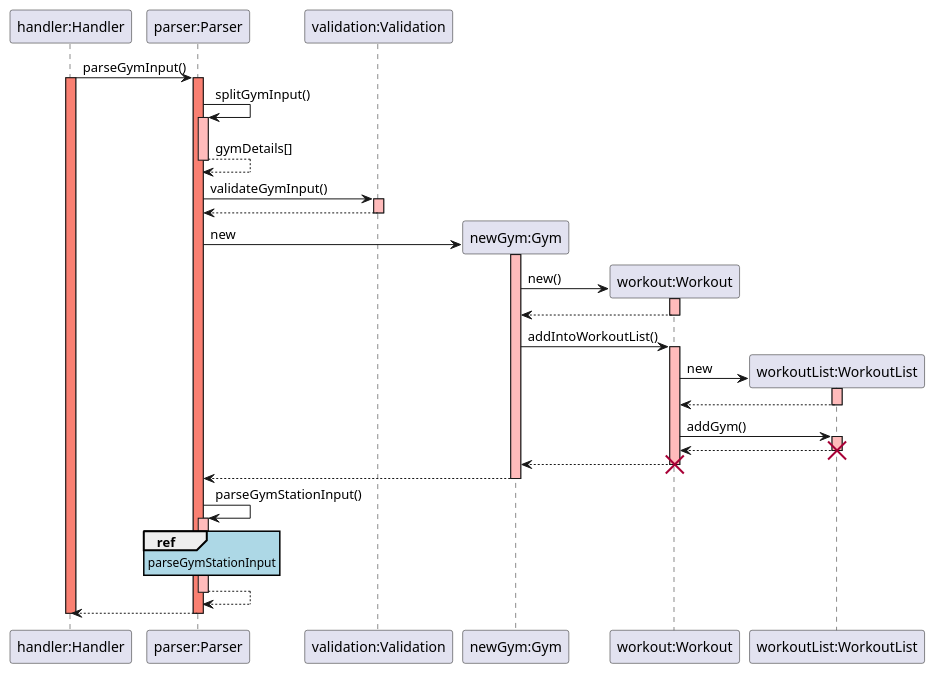
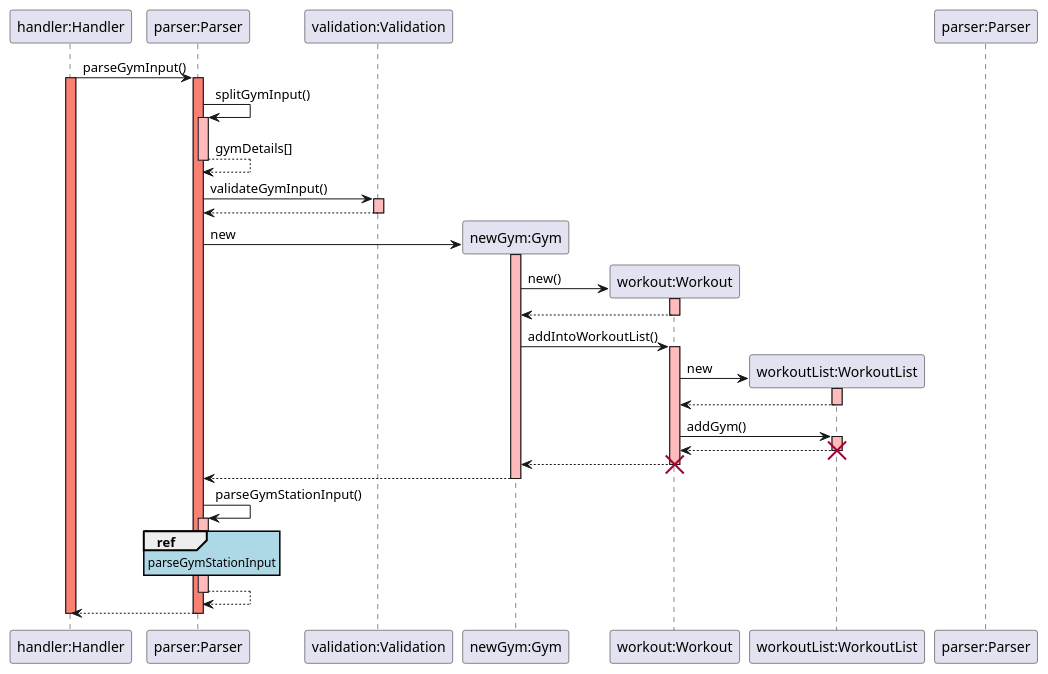
The diagram in docs/puml/sequence_diagrams/gym_sequence.puml (rouvinerh/tp), drawn with PlantUML before and after one commit. The commit also changed 2 other files, not shown here.

Commit message:
modify seq diagram

```diff
--- a/docs/puml/sequence_diagrams/gym_sequence.puml
+++ b/docs/puml/sequence_diagrams/gym_sequence.puml
@@ -1,63 +1,64 @@
 @startuml
 skinparam sequenceReferenceBackgroundColor lightblue
 
 participant "handler:Handler" as Handler
 participant "parser:Parser" as Parser
 participant "validation:Validation" as Validation
 participant "newGym:Gym" as Gym
 participant "workout:Workout" as Workout
 participant "workoutList:WorkoutList" as WorkoutList
+participant "parser:Parser" as newParser
 
 Handler -> Parser: parseGymInput()
 activate Handler #salmon
 activate Parser #salmon
 
 Parser -> Parser: splitGymInput()
 activate Parser #FFBBBB
 Parser --> Parser: gymDetails[]
 deactivate Parser #FFBBBB
 
 Parser -> Validation: validateGymInput()
 activate Validation #FFBBBB
 Validation --> Parser: 
 deactivate Validation
 
 Parser -> Gym **: new
 
 
     activate Gym #FFBBBB   
     Gym -> Workout **: new()
     activate Workout #FFBBBB
     Workout --> Gym: 
     deactivate Workout #FFBBBB
 
     Gym -> Workout: addIntoWorkoutList()
     activate Workout #FFBBBB
     Workout -> WorkoutList **: new
     activate WorkoutList #FFBBBB
     WorkoutList --> Workout:
     deactivate WorkoutList #FFBBBB
 
     Workout -> WorkoutList: addGym()
     activate WorkoutList #FFBBBB
     WorkoutList --> Workout:
     deactivate WorkoutList #FFBBBB
     destroy WorkoutList
     
     Workout --> Gym :
     deactivate Workout #FFBBBB
     destroy Workout
 
 Gym --> Parser:
 deactivate Gym #FFBBBB
 
 Parser -> Parser: parseGymStationInput()
 activate Parser #FFBBBB
 ref over Parser: parseGymStationInput
 Parser --> Parser:
 deactivate Parser #FFBBBB
 Parser --> Handler 
 
 deactivate Parser #salmon
 deactivate Handler #salmon
 @enduml
```
